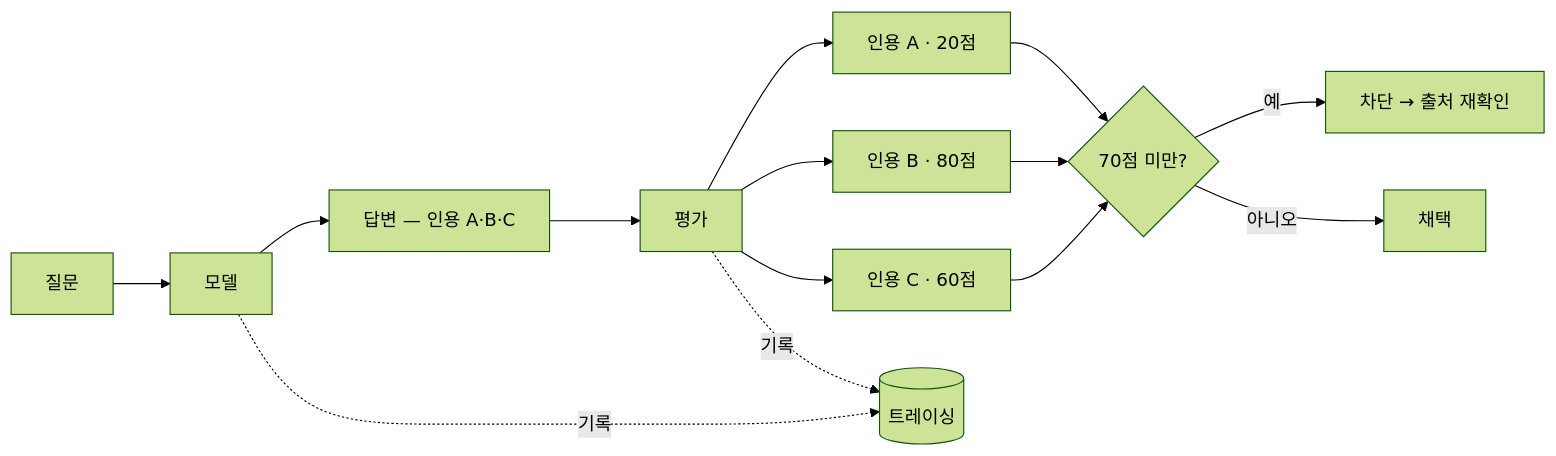
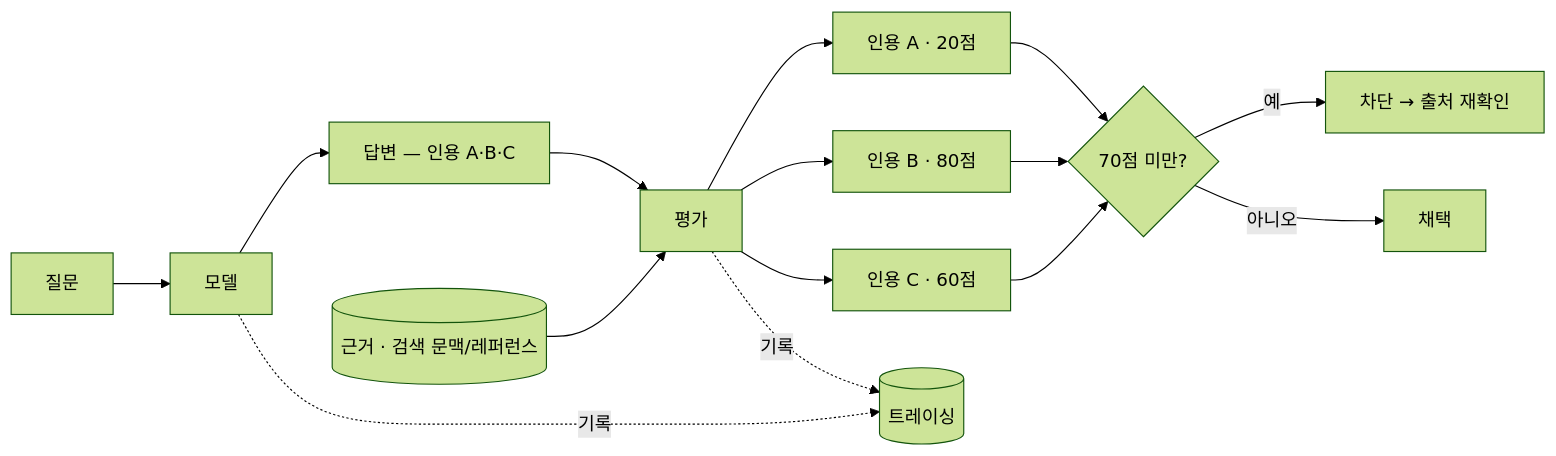
One commit to CodeCompose7/awesome-ai-stack changed the third of 7 diagrams in src/content/concepts/ko/harness-engineering.mdx. Above: the diagram before and after it, drawn with Mermaid (forest theme). The commit also changed other lines of this file and 2 other files, not shown here.

First line of the commit message:
content(concepts): show the source/env the checker compares against

````diff
--- a/src/content/concepts/ko/harness-engineering.mdx
+++ b/src/content/concepts/ko/harness-engineering.mdx
@@ -101,19 +101,21 @@
 ```mermaid
 flowchart LR
   q["질문"] --> model["모델"]
   model --> ans["답변 — 인용 A·B·C"]
   ans --> eval["평가"]
+  src[("근거 · 검색 문맥/레퍼런스")] --> eval
   eval --> sa["인용 A · 20점"]
   eval --> sb["인용 B · 80점"]
   eval --> sc["인용 C · 60점"]
   sa --> gate{"70점 미만?"}
   sb --> gate
   sc --> gate
   gate -- 예 --> block["차단 → 출처 재확인"]
   gate -- 아니오 --> ok["채택"]
   model -.기록.-> trace[("트레이싱")]
   eval -.기록.-> trace
   class model roleModel
   class eval roleEval
   class trace roleTrace
+  class src roleSource
 ```
````
